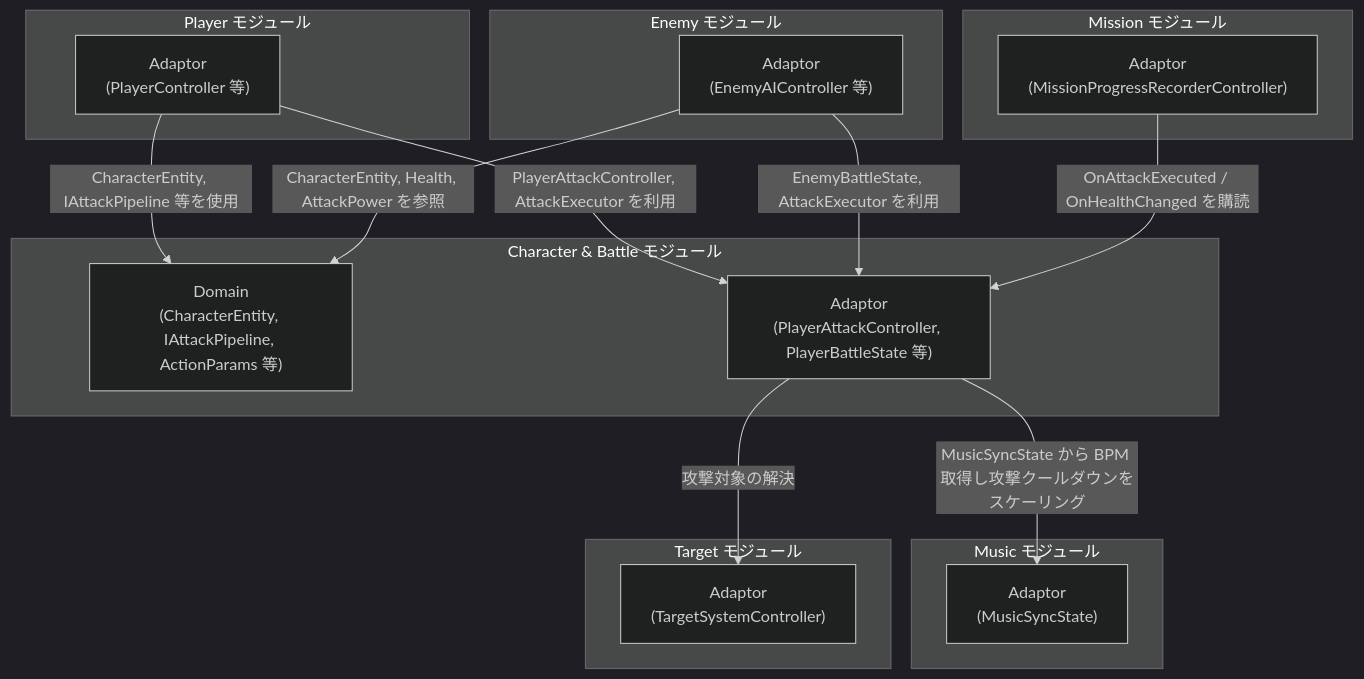
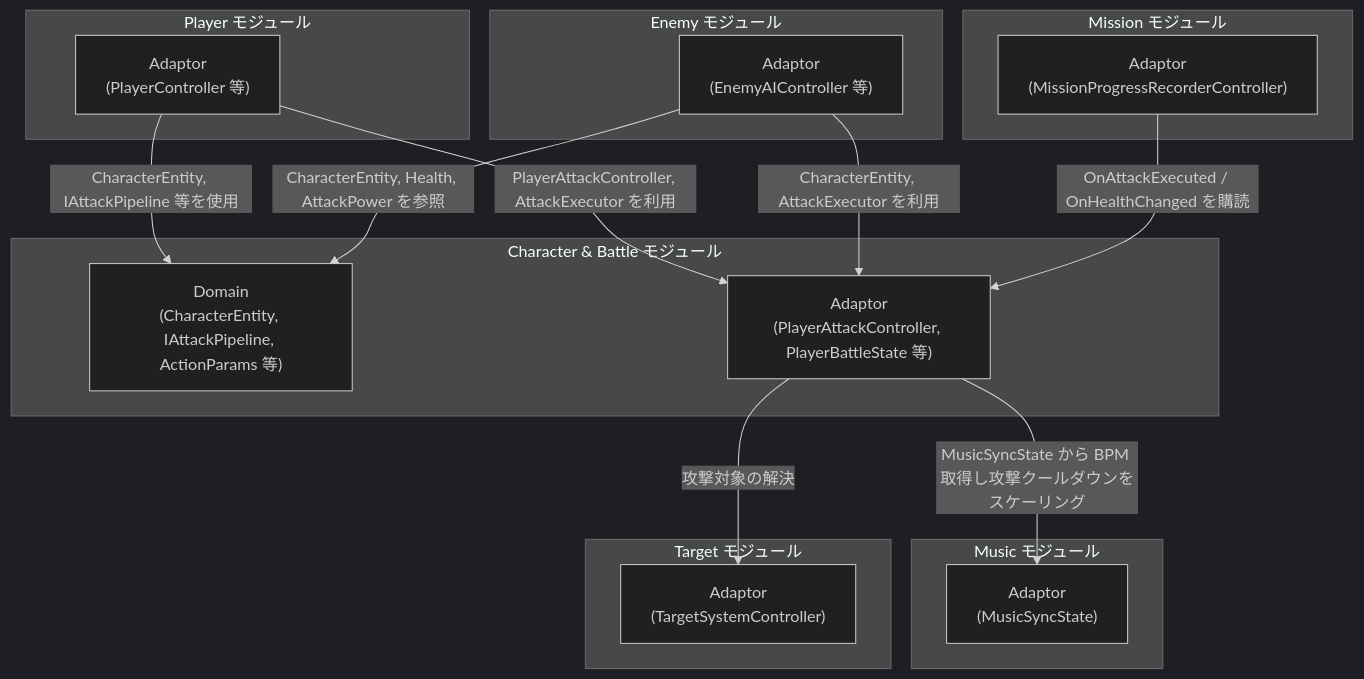
Before and after one commit to HIBIKI5201/SymphonyKillChord: the first of 4 diagrams in Assets/Docs/ScriptsDocs/Modules/NotionModuleDocs/Character&Battle.md, drawn with Mermaid (dark theme). The commit also changed other lines of this file, not shown here.

First line of the commit message:
[update] Character&Battle 文書を現行実装に追従

````diff
--- a/Assets/Docs/ScriptsDocs/Modules/NotionModuleDocs/Character&Battle.md
+++ b/Assets/Docs/ScriptsDocs/Modules/NotionModuleDocs/Character&Battle.md
@@ -55,37 +60,37 @@
 ```mermaid
 graph TD
     %% 定義 (接続のないレイヤーは省略)
     subgraph CharacterBattleModule [Character & Battle モジュール]
         CB_Domain["Domain\n(CharacterEntity, IAttackPipeline, ActionParams 等)"]
         CB_Adaptor["Adaptor\n(PlayerAttackController, PlayerBattleState 等)"]
     end
 
     subgraph PlayerModule [Player モジュール]
         P_Adaptor["Adaptor\n(PlayerController 等)"]
     end
 
     subgraph EnemyModule [Enemy モジュール]
         E_Adaptor["Adaptor\n(EnemyAIController 等)"]
     end
 
     subgraph MusicModule [Music モジュール]
         M_Adaptor["Adaptor\n(MusicSyncState)"]
     end
 
     subgraph TargetModule [Target モジュール]
         T_Adaptor["Adaptor\n(TargetSystemController)"]
     end
 
     subgraph MissionModule [Mission モジュール]
         MS_Adaptor["Adaptor\n(MissionProgressRecorderController)"]
     end
 
     %% 依存関係
     P_Adaptor -->|"CharacterEntity, IAttackPipeline 等を使用"| CB_Domain
     P_Adaptor -->|"PlayerAttackController, AttackExecutor を利用"| CB_Adaptor
     E_Adaptor -->|"CharacterEntity, Health, AttackPower を参照"| CB_Domain
-    E_Adaptor -->|"EnemyBattleState, AttackExecutor を利用"| CB_Adaptor
+    E_Adaptor -->|"CharacterEntity, AttackExecutor を利用"| CB_Adaptor
     CB_Adaptor -->|"MusicSyncState から BPM 取得し攻撃クールダウンをスケーリング"| M_Adaptor
     CB_Adaptor -->|"攻撃対象の解決"| T_Adaptor
     MS_Adaptor -->|"OnAttackExecuted / OnHealthChanged を購読"| CB_Adaptor
 ```
````
